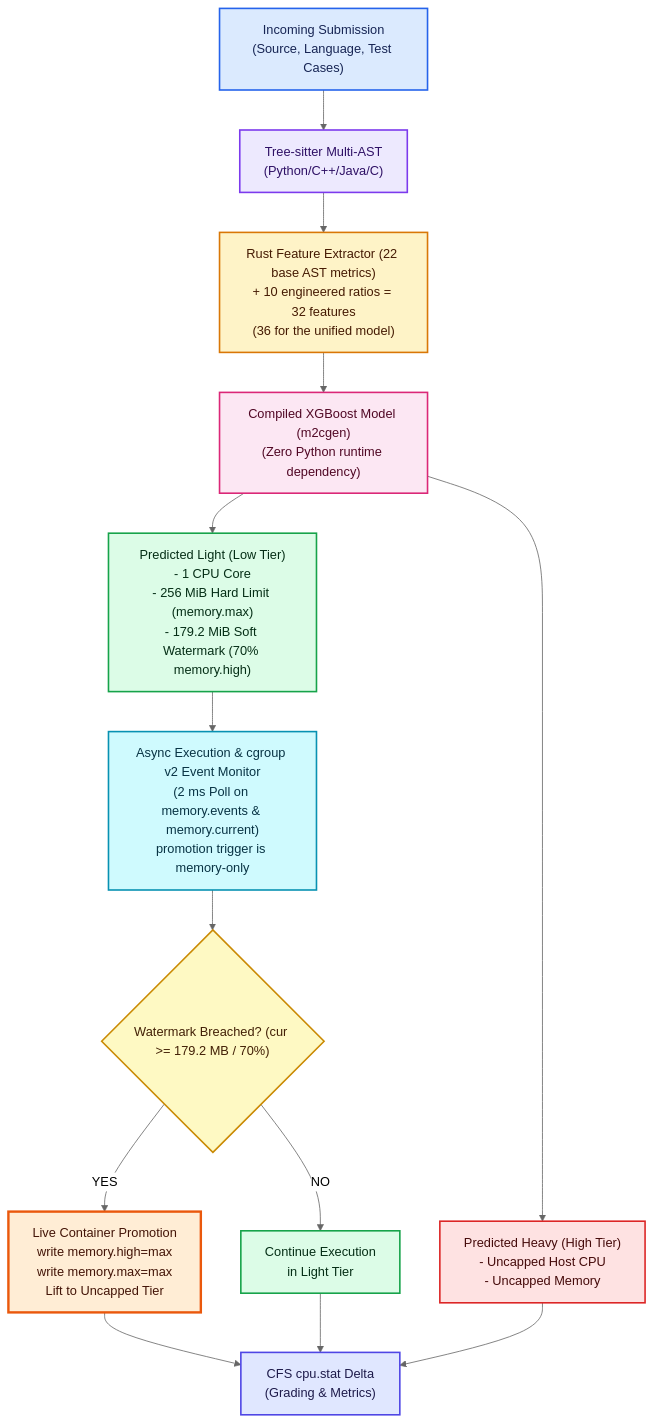
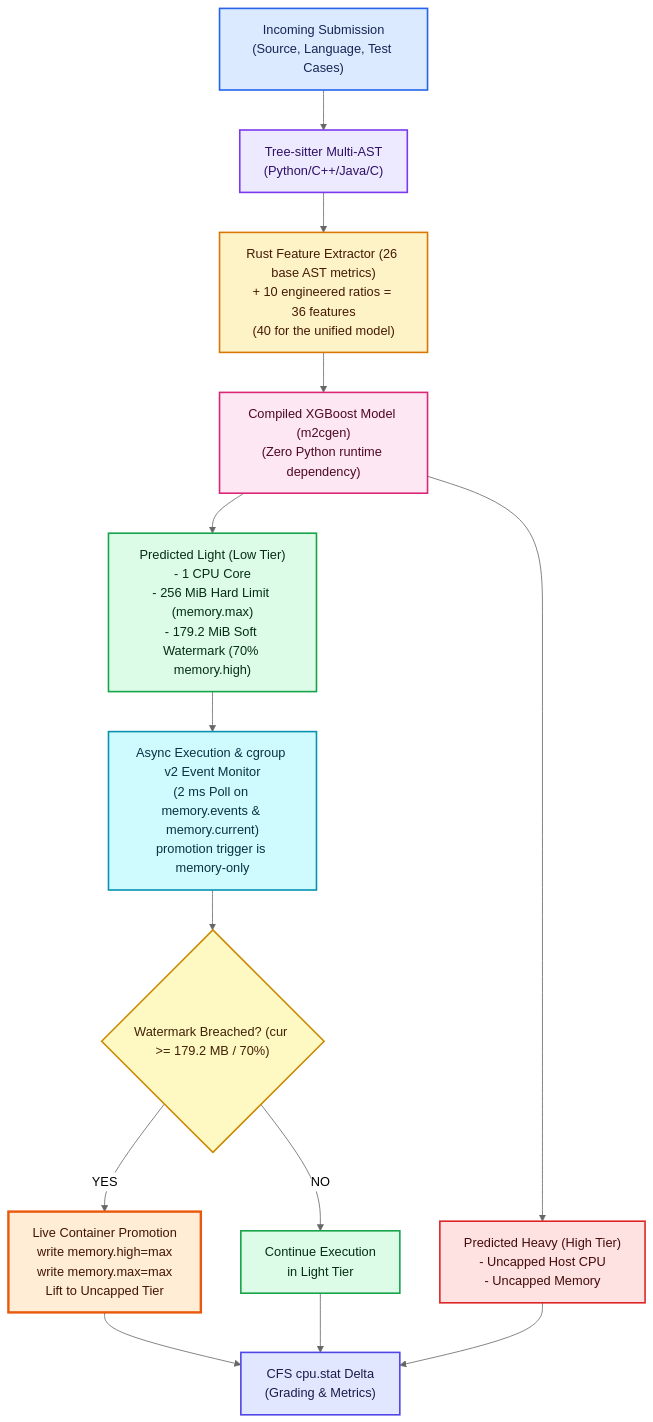
Before and after one commit to Dhanush-M-1/RAAS-OCJS-1: the diagram in docs/ARCHITECTURE.md, drawn with Mermaid (neutral theme). The commit also changed other lines of this file and 8 other files, not shown here.

````diff
--- a/docs/ARCHITECTURE.md
+++ b/docs/ARCHITECTURE.md
@@ -16,41 +16,41 @@
 ```mermaid
 flowchart TD
     A["Incoming Submission<br/>(Source, Language, Test Cases)"]:::input
 
     B["Tree-sitter Multi-AST<br/>(Python/C++/Java/C)"]:::parser
 
-    C["Rust Feature Extractor (22 base AST metrics)<br/>+ 10 engineered ratios = 32 features<br/>(36 for the unified model)"]:::processing
+    C["Rust Feature Extractor (26 base AST metrics)<br/>+ 10 engineered ratios = 36 features<br/>(40 for the unified model)"]:::processing
 
     D["Compiled XGBoost Model (m2cgen)<br/>(Zero Python runtime dependency)"]:::model
 
     A --> B --> C --> D
 
     D --> E["Predicted Light (Low Tier)<br/>- 1 CPU Core<br/>- 256 MiB Hard Limit (memory.max)<br/>- 179.2 MiB Soft Watermark (70% memory.high)"]:::light
 
     D --> F["Predicted Heavy (High Tier)<br/>- Uncapped Host CPU<br/>- Uncapped Memory"]:::heavy
 
     E --> G["Async Execution & cgroup v2 Event Monitor<br/>(2 ms Poll on memory.events & memory.current)<br/>promotion trigger is memory-only"]:::monitor
 
     G --> H{"Watermark Breached? (cur >= 179.2 MB / 70%)"}:::decision
 
     H -->|YES| I["Live Container Promotion<br/>write memory.high=max<br/>write memory.max=max<br/>Lift to Uncapped Tier"]:::promotion
 
     H -->|NO| J["Continue Execution<br/>in Light Tier"]:::light
 
     I --> K["CFS cpu.stat Delta<br/>(Grading & Metrics)"]:::metrics
     J --> K
     F --> K
 
     classDef input fill:#dbeafe,stroke:#2563eb,stroke-width:2px,color:#172554
     classDef parser fill:#ede9fe,stroke:#7c3aed,stroke-width:2px,color:#2e1065
     classDef processing fill:#fef3c7,stroke:#d97706,stroke-width:2px,color:#451a03
     classDef model fill:#fce7f3,stroke:#db2777,stroke-width:2px,color:#500724
 
     classDef light fill:#dcfce7,stroke:#16a34a,stroke-width:2px,color:#052e16
     classDef heavy fill:#fee2e2,stroke:#dc2626,stroke-width:2px,color:#450a0a
 
     classDef monitor fill:#cffafe,stroke:#0891b2,stroke-width:2px,color:#083344
     classDef decision fill:#fef9c3,stroke:#ca8a04,stroke-width:2px,color:#422006
     classDef promotion fill:#ffedd5,stroke:#ea580c,stroke-width:3px,color:#431407
     classDef metrics fill:#e0e7ff,stroke:#4f46e5,stroke-width:2px,color:#1e1b4b
 ```
````
